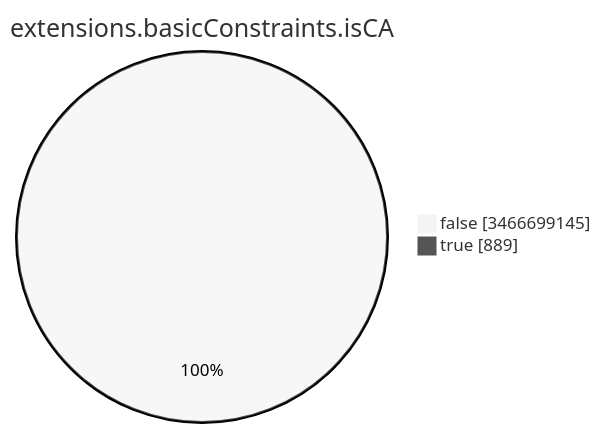
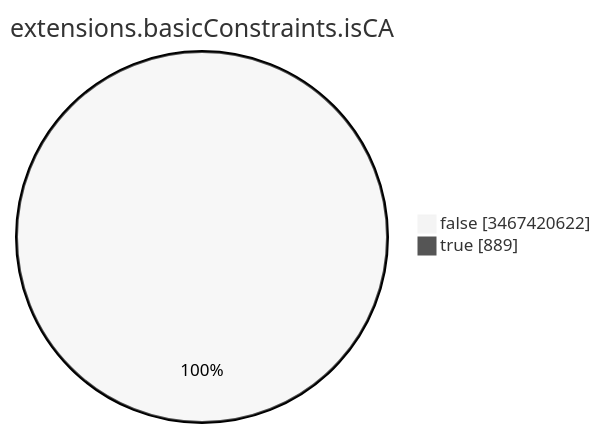
One commit to christiankrug/ctmonitor_visualization changed the seventh of 15 diagrams in TOTAL/README.md. Above: the diagram before and after it, drawn with Mermaid (neutral theme). The commit also changed other lines of this file, not shown here.

````diff
--- a/TOTAL/README.md
+++ b/TOTAL/README.md
@@ -3093,6 +3093,6 @@
 ```mermaid
 pie showData
 title extensions.basicConstraints.isCA
-"false" :3466699145
+"false" :3467420622
 "true" :889
 ```
````
